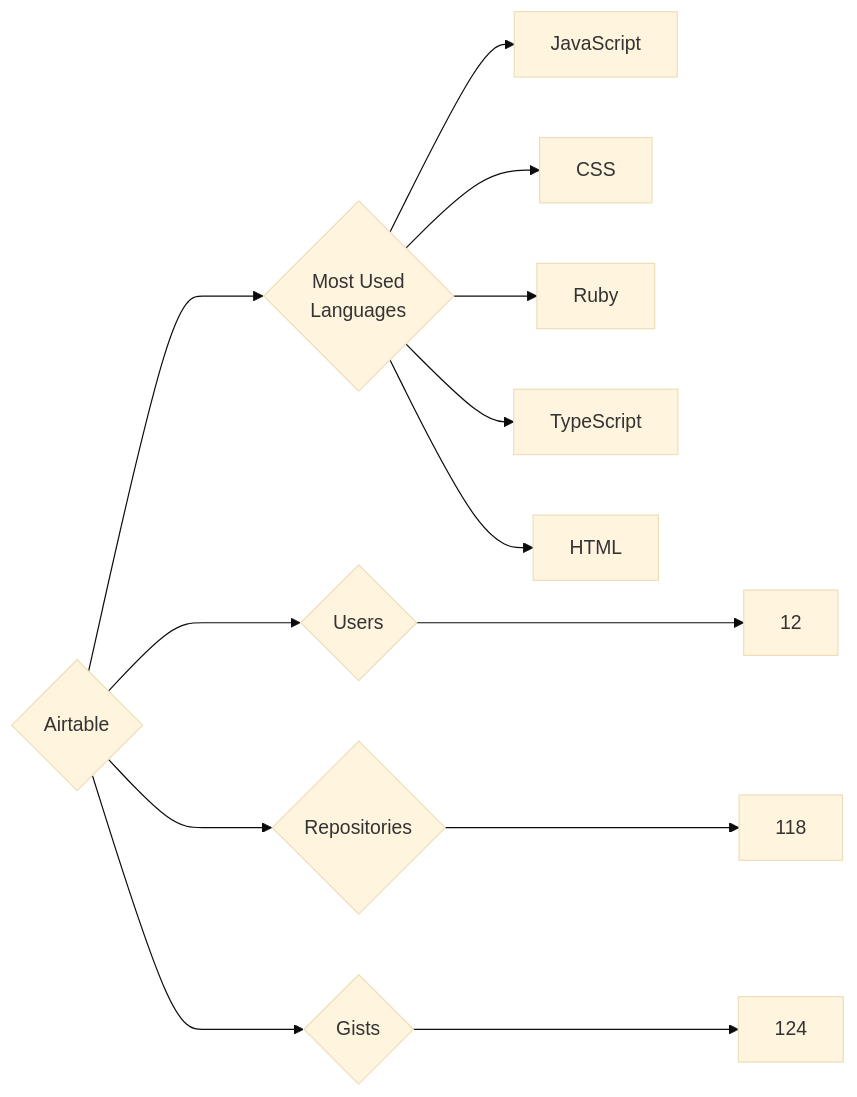
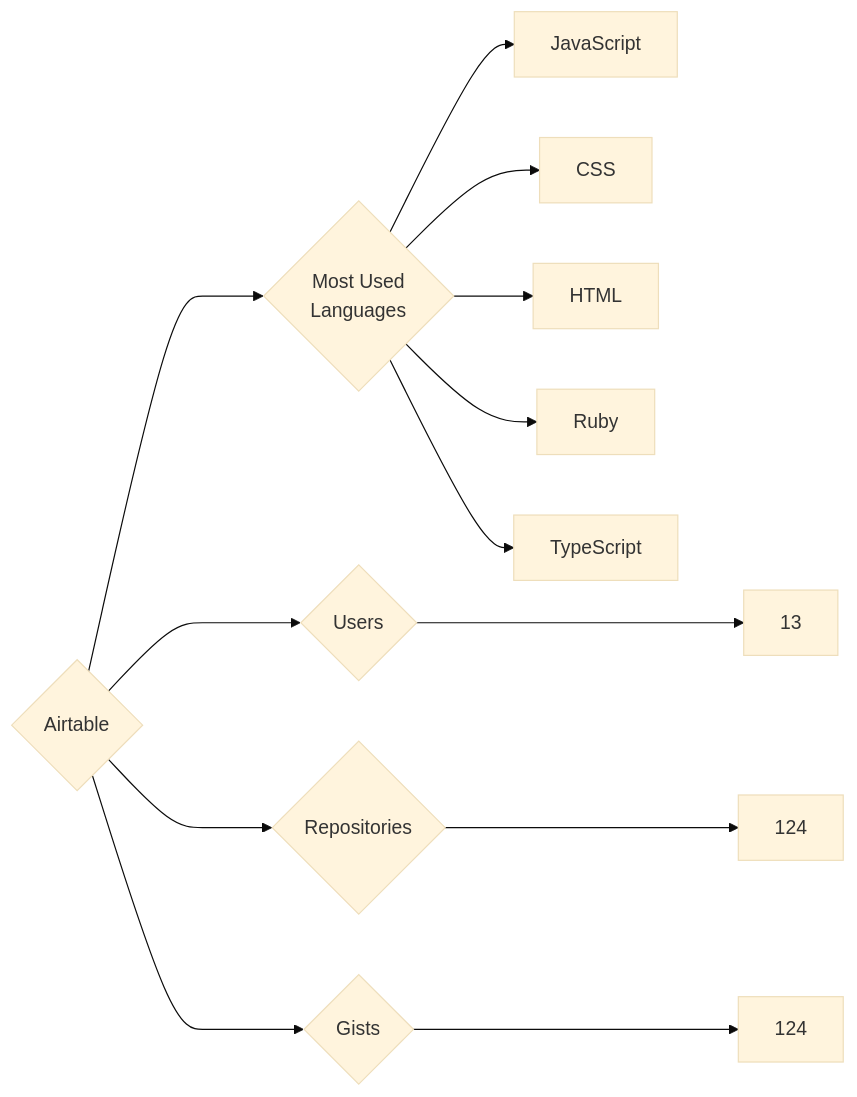
The diagram in targets/Airtable/README.md (trickest/insiders), drawn with Mermaid (base theme) before and after one commit. The commit also changed 840 other files, not shown here.

````diff
--- a/targets/Airtable/README.md
+++ b/targets/Airtable/README.md
@@ -3,13 +3,13 @@
 ```mermaid
 graph LR
 COMPANY_NAME{Airtable}
-COMPANY_NAME ---> U{Users} ---> UN[12]
-COMPANY_NAME ---> R{Repositories} ---> RN[118]
+COMPANY_NAME ---> U{Users} ---> UN[13]
+COMPANY_NAME ---> R{Repositories} ---> RN[124]
 COMPANY_NAME ---> G{Gists} ---> GN[124]
 COMPANY_NAME ---> ML{Most Used<br>Languages}
 ML --> JavaScript[JavaScript]
 ML --> CSS[CSS]
+ML --> HTML[HTML]
 ML --> Ruby[Ruby]
 ML --> TypeScript[TypeScript]
-ML --> HTML[HTML]
 ```
````
